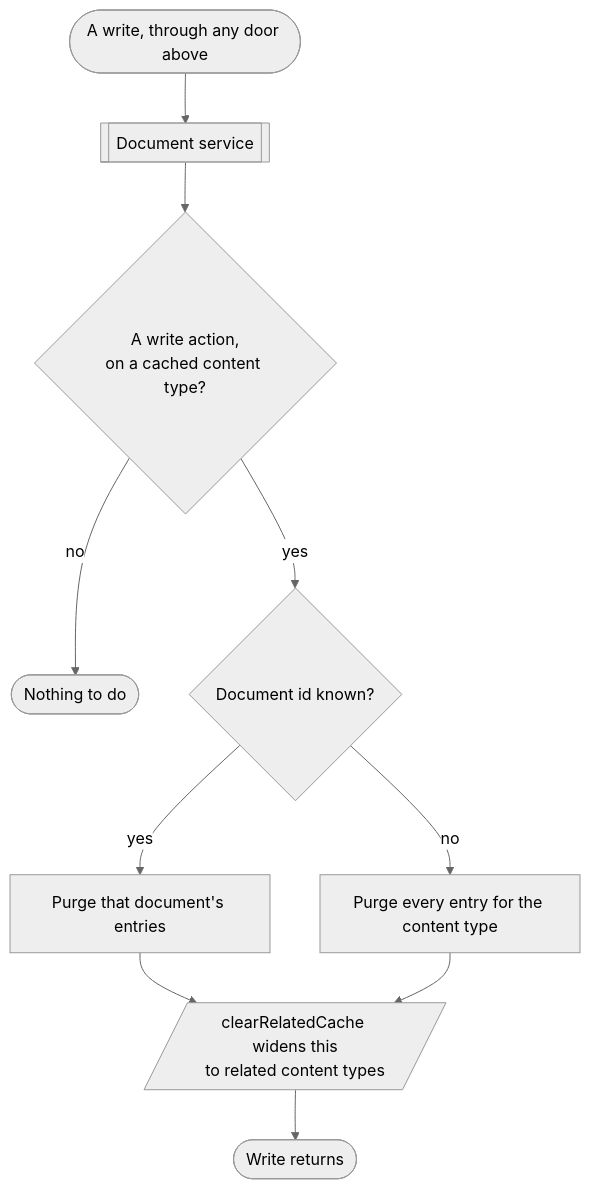
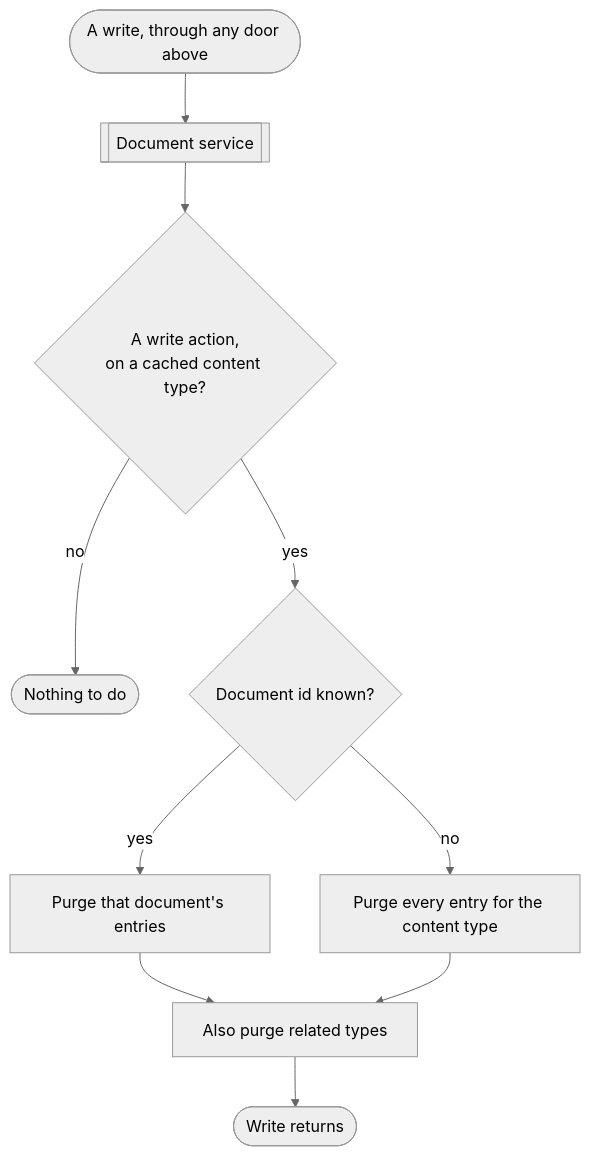
The first of 2 diagrams in docs/guide/invalidation/index.md (strapi-community/plugin-rest-cache), drawn with Mermaid (neutral theme) before and after one commit.

Commit message:
docs: stop the related-types node clipping its own label
The node used a parallelogram, whose slanted sides make the drawn shape
narrower than its bounding box. The label wrapped to three lines, the last
one rendered outside the outline, and the automated check missed it because
comparing the text box to the bounding box says it fits.

Now a rectangle with a label short enough not to wrap. `clearRelatedCache`
is named in the prose either side of the diagram, so nothing is lost by
shortening the box to what it does.

````diff
--- a/docs/guide/invalidation/index.md
+++ b/docs/guide/invalidation/index.md
@@ -38,12 +38,12 @@
 ```mermaid
 flowchart TD
     W([A write, through any door above]) --> DS[[Document service]]
     DS --> G{"A write action,<br/>on a cached content type?"}
     G -->|no| Skip([Nothing to do])
     G -->|yes| S{Document id known?}
     S -->|yes| T[Purge that document's entries]
     S -->|no| A[Purge every entry for the content type]
-    T --> R[/"clearRelatedCache widens this<br/>to related content types"/]
+    T --> R[Also purge related types]
     A --> R
     R --> Done([Write returns])
 ```
````
